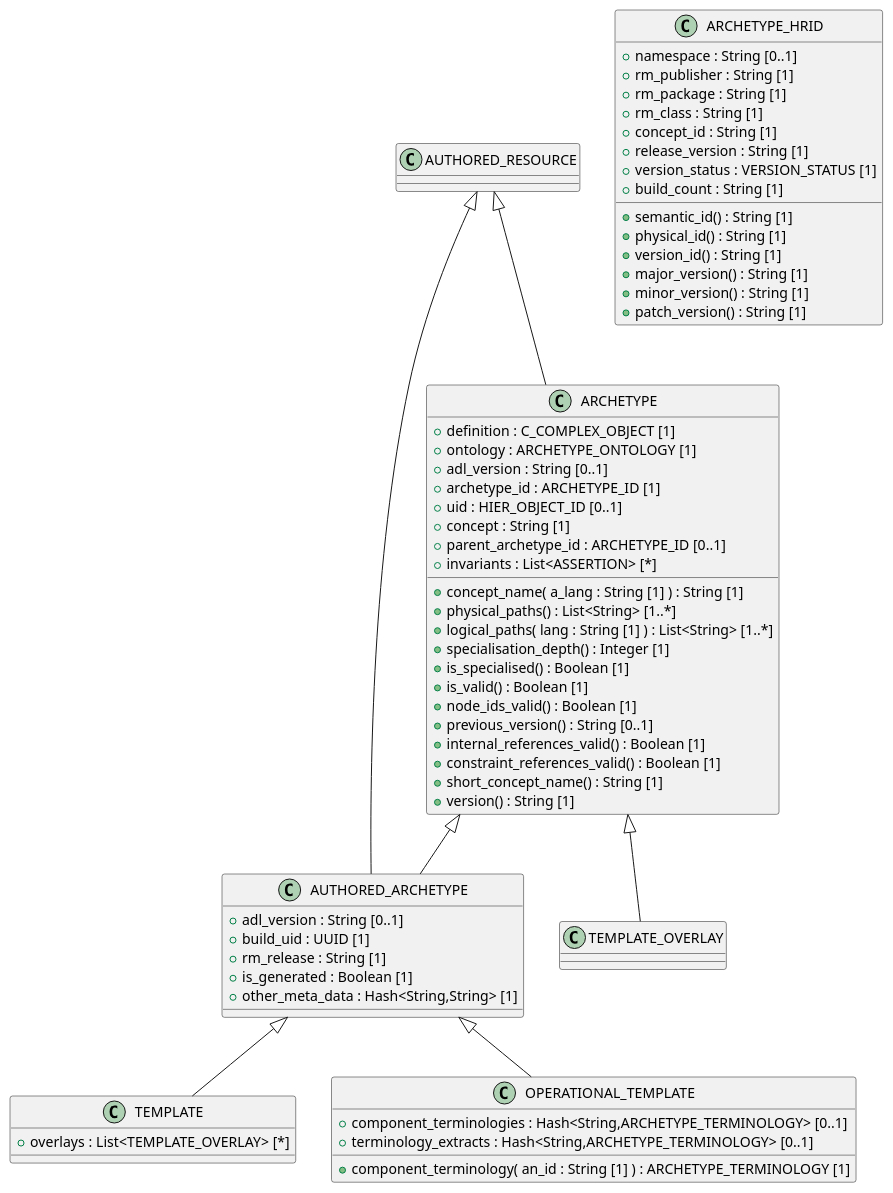
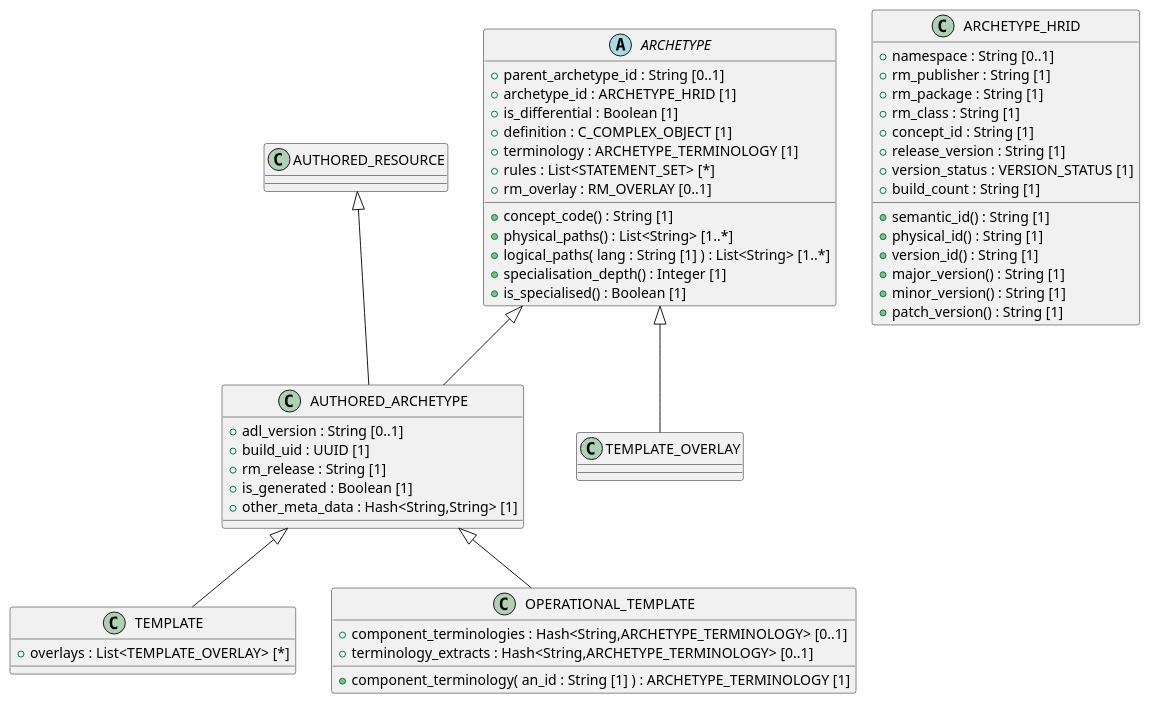
The diagram in code/Adoc/openehr_am_2.3.0/plantUML/packages/org.openehr.am.aom2.archetype.adoc (sebastian-iancu/code-generator), drawn with PlantUML before and after one commit. The commit also changed 719 other files, not shown here.

```diff
--- a/code/Adoc/openehr_am_2.3.0/plantUML/packages/org.openehr.am.aom2.archetype.adoc
+++ b/code/Adoc/openehr_am_2.3.0/plantUML/packages/org.openehr.am.aom2.archetype.adoc
@@ -1,74 +1,65 @@
 [plantuml,archetype,format=svg,svg-type="inline"]
 -----
 @startuml
 
-class ARCHETYPE {
+abstract class ARCHETYPE {
+  + parent_archetype_id : String [0..1]
+  + archetype_id : ARCHETYPE_HRID [1]
+  + is_differential : Boolean [1]
   + definition : C_COMPLEX_OBJECT [1]
-  + ontology : ARCHETYPE_ONTOLOGY [1]
-  + adl_version : String [0..1]
-  + archetype_id : ARCHETYPE_ID [1]
-  + uid : HIER_OBJECT_ID [0..1]
-  + concept : String [1]
-  + parent_archetype_id : ARCHETYPE_ID [0..1]
-  + invariants : List<ASSERTION> [*]
-  + concept_name( a_lang : String [1] ) : String [1]
+  + terminology : ARCHETYPE_TERMINOLOGY [1]
+  + rules : List<STATEMENT_SET> [*]
+  + rm_overlay : RM_OVERLAY [0..1]
+  + concept_code() : String [1]
   + physical_paths() : List<String> [1..*]
   + logical_paths( lang : String [1] ) : List<String> [1..*]
   + specialisation_depth() : Integer [1]
   + is_specialised() : Boolean [1]
-  + is_valid() : Boolean [1]
-  + node_ids_valid() : Boolean [1]
-  + previous_version() : String [0..1]
-  + internal_references_valid() : Boolean [1]
-  + constraint_references_valid() : Boolean [1]
-  + short_concept_name() : String [1]
-  + version() : String [1]
 }
 
 class AUTHORED_ARCHETYPE {
   + adl_version : String [0..1]
   + build_uid : UUID [1]
   + rm_release : String [1]
   + is_generated : Boolean [1]
   + other_meta_data : Hash<String,String> [1]
 }
 
 class TEMPLATE {
   + overlays : List<TEMPLATE_OVERLAY> [*]
 }
 
 class OPERATIONAL_TEMPLATE {
   + component_terminologies : Hash<String,ARCHETYPE_TERMINOLOGY> [0..1]
   + terminology_extracts : Hash<String,ARCHETYPE_TERMINOLOGY> [0..1]
   + component_terminology( an_id : String [1] ) : ARCHETYPE_TERMINOLOGY [1]
 }
 
 class TEMPLATE_OVERLAY {
 }
 
 class ARCHETYPE_HRID {
   + namespace : String [0..1]
   + rm_publisher : String [1]
   + rm_package : String [1]
   + rm_class : String [1]
   + concept_id : String [1]
   + release_version : String [1]
   + version_status : VERSION_STATUS [1]
   + build_count : String [1]
   + semantic_id() : String [1]
   + physical_id() : String [1]
   + version_id() : String [1]
   + major_version() : String [1]
   + minor_version() : String [1]
   + patch_version() : String [1]
 }
 
-AUTHORED_RESOURCE <|-- ARCHETYPE
 ARCHETYPE <|-- AUTHORED_ARCHETYPE
 AUTHORED_RESOURCE <|-- AUTHORED_ARCHETYPE
 AUTHORED_ARCHETYPE <|-- TEMPLATE
 AUTHORED_ARCHETYPE <|-- OPERATIONAL_TEMPLATE
 ARCHETYPE <|-- TEMPLATE_OVERLAY
 
 @enduml
 -----
```
